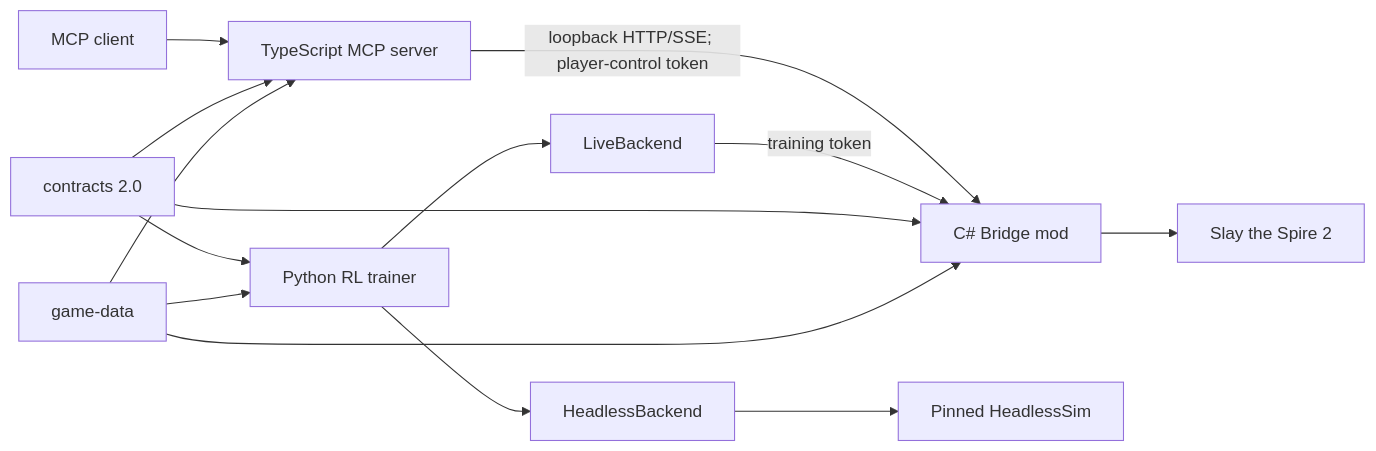
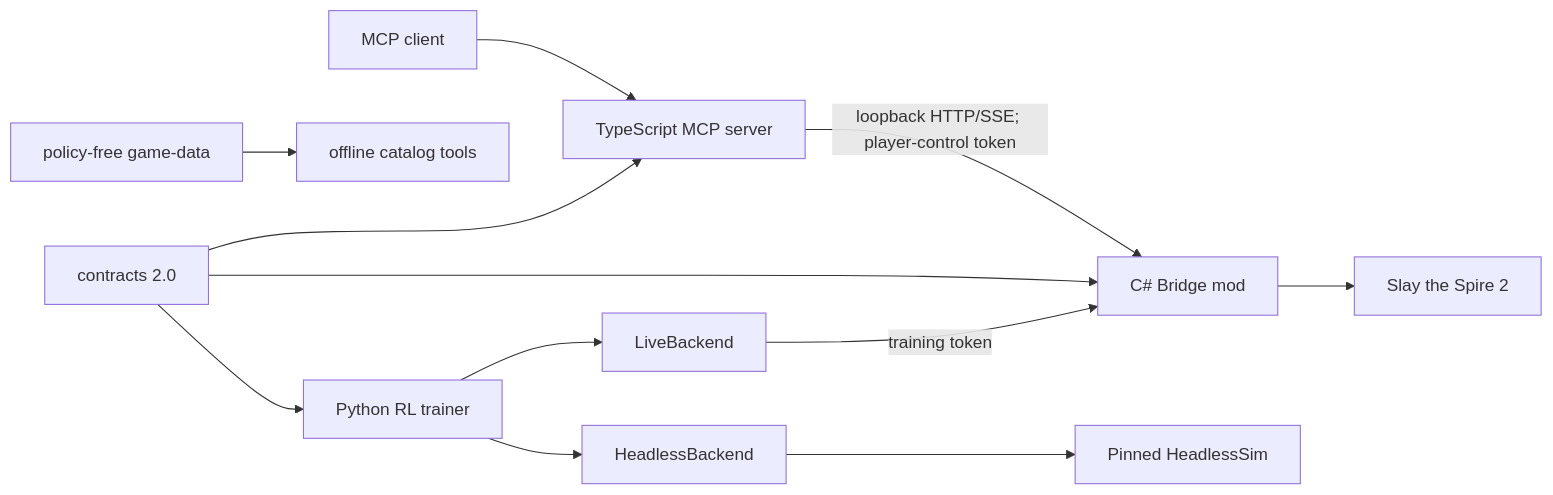
Before and after one commit to Yidhar/sts2-mcp: the diagram in README.md, drawn with Mermaid. The commit also changed other lines of this file and 575 other files, not shown here.

````diff
--- a/README.md
+++ b/README.md
@@ -39,16 +39,14 @@
 ```mermaid
 flowchart LR
     A[MCP client] --> M[TypeScript MCP server]
     M -->|loopback HTTP/SSE; player-control token| B["C# Bridge mod"]
     B --> G[Slay the Spire 2]
     R[Python RL trainer] --> L[LiveBackend]
     R --> H[HeadlessBackend]
     L -->|training token| B
     H --> S[Pinned HeadlessSim]
     C[contracts 2.0] --> M
     C --> B
     C --> R
-    D[game-data] --> M
-    D --> B
-    D --> R
+    D[policy-free game-data] --> O[offline catalog tools]
 ```
````
